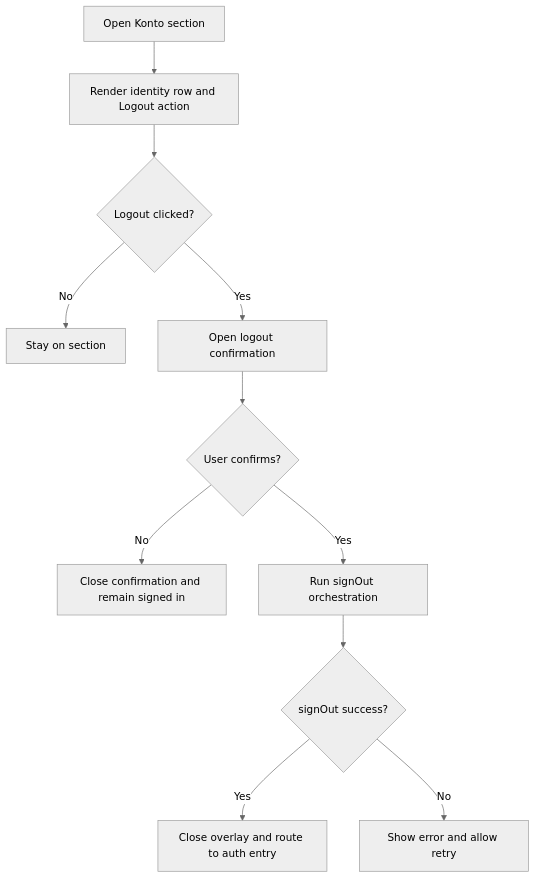
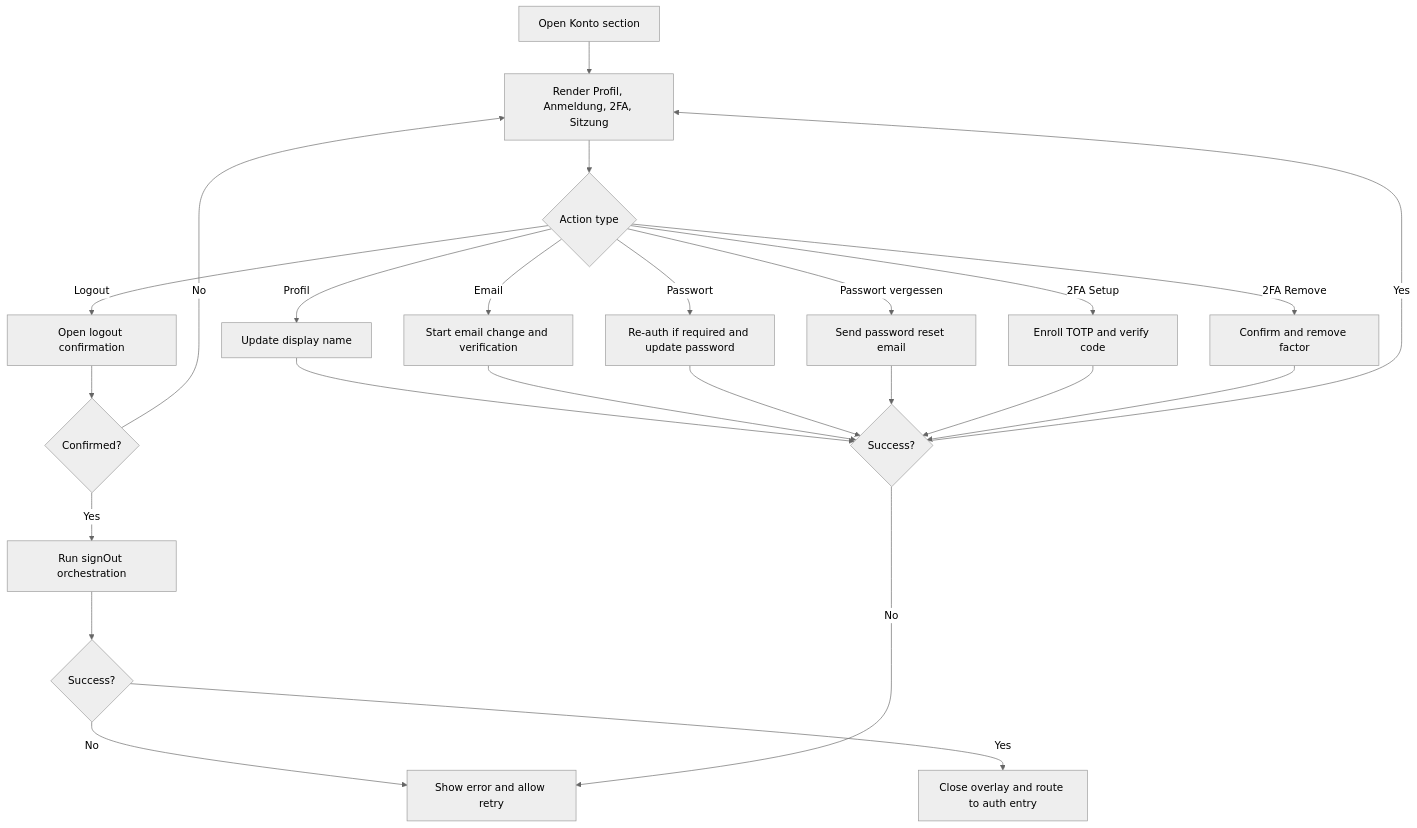
One commit to matkleve/feldpost changed the first of 3 diagrams in docs/element-specs/account-settings-section.md. Above: the diagram before and after it, drawn with Mermaid (neutral theme). The commit also changed other lines of this file and 54 other files, not shown here.

````diff
--- a/docs/element-specs/account-settings-section.md
+++ b/docs/element-specs/account-settings-section.md
@@ -29,13 +36,26 @@
 ```mermaid
 flowchart TD
-    A[Open Konto section] --> B[Render identity row and Logout action]
-    B --> C{Logout clicked?}
-    C -- No --> D[Stay on section]
-    C -- Yes --> E[Open logout confirmation]
-    E --> F{User confirms?}
-    F -- No --> G[Close confirmation and remain signed in]
-    F -- Yes --> H[Run signOut orchestration]
-    H --> I{signOut success?}
-    I -- Yes --> J[Close overlay and route to auth entry]
-    I -- No --> K[Show error and allow retry]
+    A[Open Konto section] --> B[Render Profil, Anmeldung, 2FA, Sitzung]
+    B --> C{Action type}
+    C -- Profil --> D[Update display name]
+    C -- Email --> E[Start email change and verification]
+    C -- Passwort --> F[Re-auth if required and update password]
+    C -- Passwort vergessen --> G[Send password reset email]
+    C -- 2FA Setup --> H[Enroll TOTP and verify code]
+    C -- 2FA Remove --> I[Confirm and remove factor]
+    C -- Logout --> J[Open logout confirmation]
+    D --> K{Success?}
+    E --> K
+    F --> K
+    G --> K
+    H --> K
+    I --> K
+    J --> L{Confirmed?}
+    L -- Yes --> M[Run signOut orchestration]
+    L -- No --> B
+    M --> N{Success?}
+    N -- Yes --> O[Close overlay and route to auth entry]
+    N -- No --> P[Show error and allow retry]
+    K -- Yes --> B
+    K -- No --> P
 ```
````
